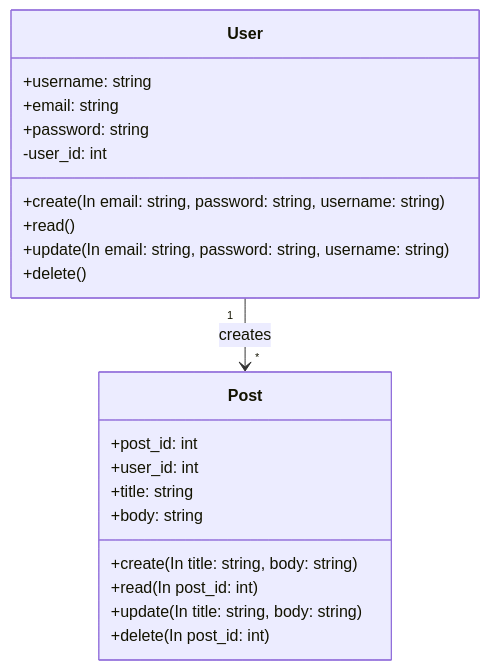
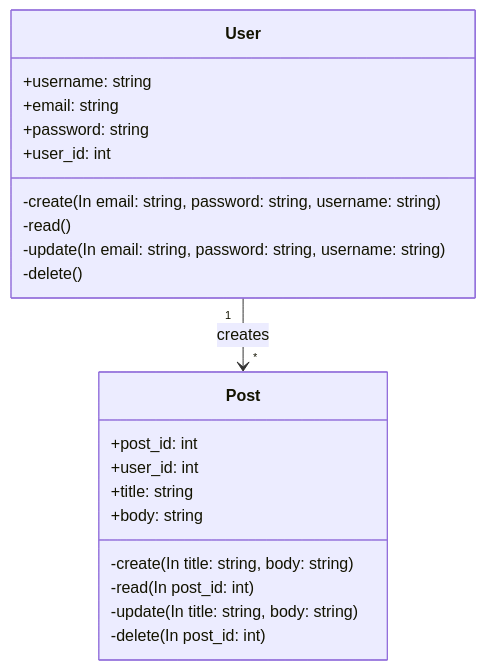
The second of 2 diagrams in README.md (Kine123649/Kine123649-WebAdvance-N09), drawn with Mermaid before and after one commit.

Commit message:
fix something in diagram

````diff
--- a/README.md
+++ b/README.md
@@ -18,25 +18,25 @@
 ```mermaid
 classDiagram
     class User {
         +username: string
         +email: string
         +password: string
-        -user_id: int
-        +create(In email: string, password: string, username: string)
-        +read()
-        +update(In email: string, password: string, username: string)
-        +delete()
+        +user_id: int
+        -create(In email: string, password: string, username: string)
+        -read()
+        -update(In email: string, password: string, username: string)
+        -delete()
     }
 
     class Post {
         +post_id: int
         +user_id: int
         +title: string
         +body: string
-        +create(In title: string, body: string)
-        +read(In post_id: int)
-        +update(In title: string, body: string)
-        +delete(In post_id: int)
+        -create(In title: string, body: string)
+        -read(In post_id: int)
+        -update(In title: string, body: string)
+        -delete(In post_id: int)
     }
      User "1" --> "*" Post : creates
 ```
````
